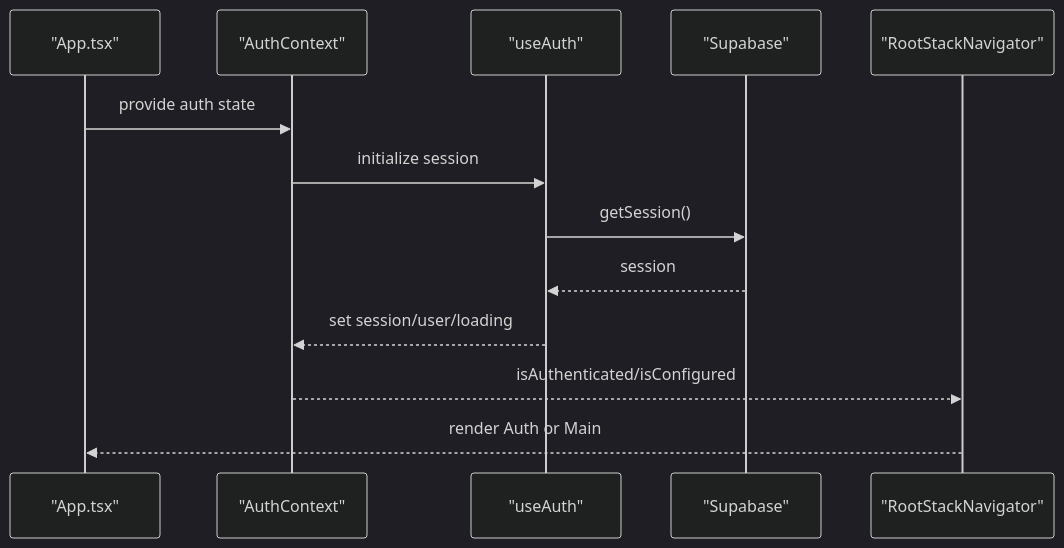
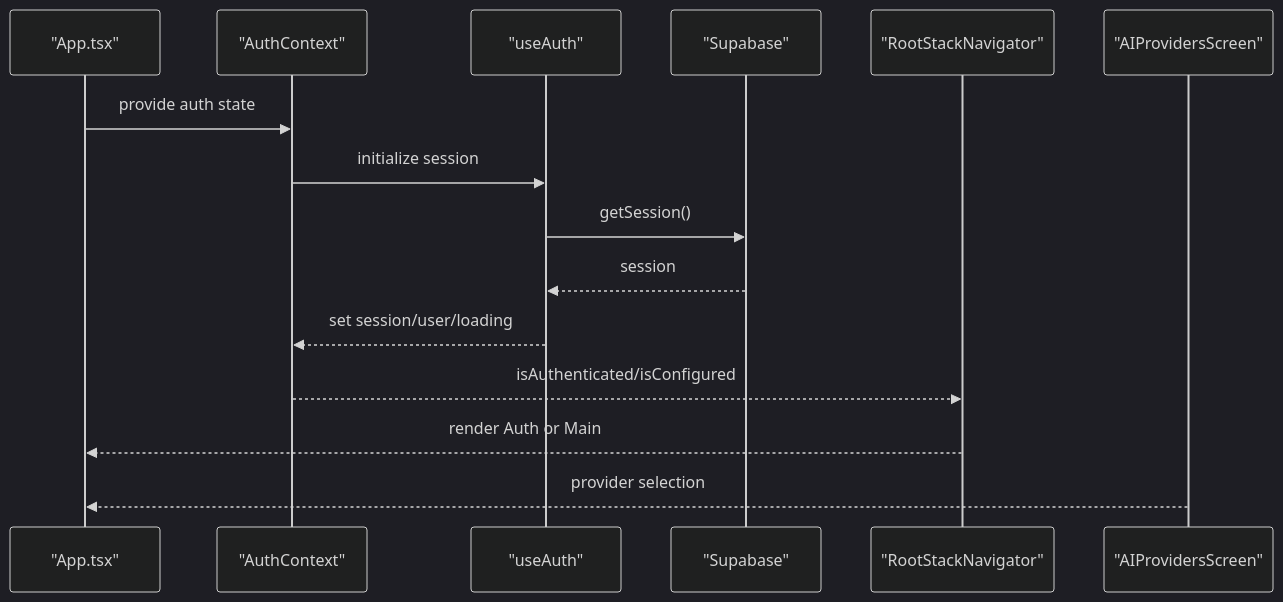
Before and after one commit to hunglevi87/Hidden-Gem: the fourth of 9 diagrams in .qoder/repowiki/en/content/Frontend Application/Development Workflow.md, drawn with Mermaid (dark theme). The commit also changed other lines of this file and 5 other files, not shown here.

````diff
--- a/.qoder/repowiki/en/content/Frontend Application/Development Workflow.md
+++ b/.qoder/repowiki/en/content/Frontend Application/Development Workflow.md
@@ -209,15 +245,17 @@
 ```mermaid
 sequenceDiagram
 participant App as "App.tsx"
 participant Ctx as "AuthContext"
 participant Hook as "useAuth"
 participant Supabase as "Supabase"
 participant Nav as "RootStackNavigator"
+participant AIConfig as "AIProvidersScreen"
 App->>Ctx : provide auth state
 Ctx->>Hook : initialize session
 Hook->>Supabase : getSession()
 Supabase-->>Hook : session
 Hook-->>Ctx : set session/user/loading
 Ctx-->>Nav : isAuthenticated/isConfigured
 Nav-->>App : render Auth or Main
+AIConfig-->>App : provider selection
 ```
````
